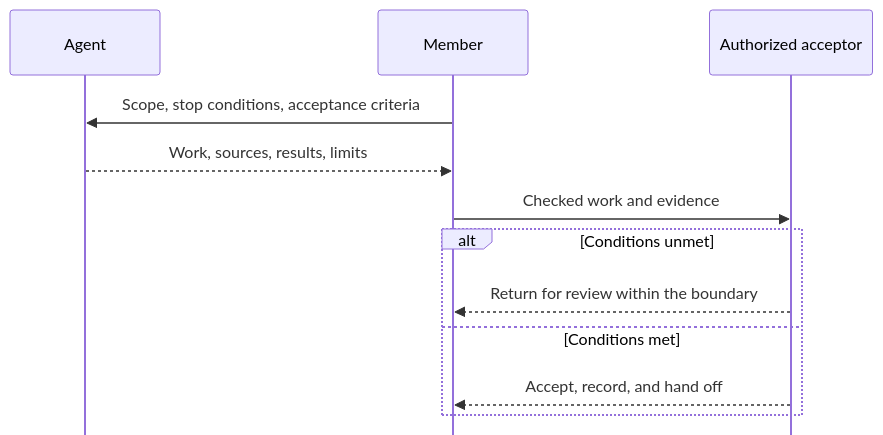
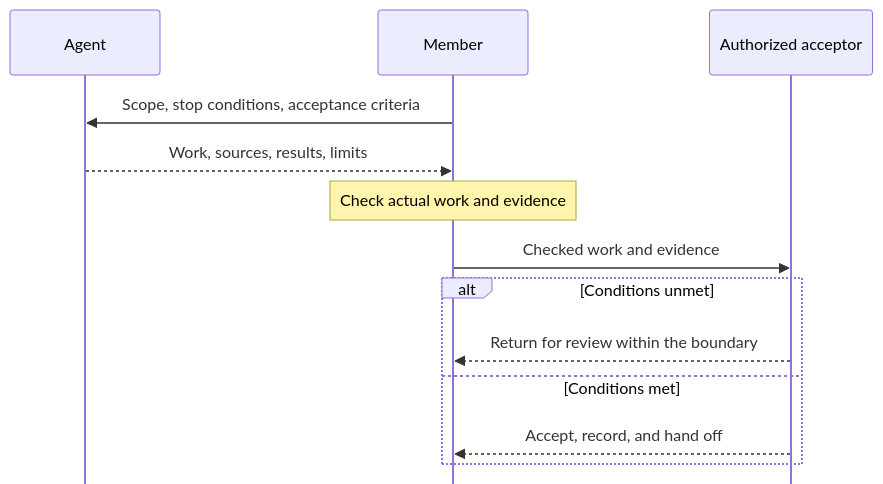
One commit to HengYangDS/data-department-work-guidelines changed the diagram in docs/human-agent.md. Above: the diagram before and after it, drawn with Mermaid. The commit also changed 4 other files, not shown here.

````diff
--- a/docs/human-agent.md
+++ b/docs/human-agent.md
@@ -83,21 +83,22 @@
 ```mermaid
 ---
 config:
   sequence:
     mirrorActors: false
 ---
 sequenceDiagram
     accTitle: Delegation, evidence, and authorized acceptance
     accDescr: A member sets the delegation boundary. An Agent returns work and evidence. The member checks the actual work and evidence before submitting them to an authorized acceptor. If conditions are unmet, the work returns for review within the delegation boundary. If conditions are met, the acceptor accepts the work, records acceptance, and hands off the result. Participants represent roles, not necessarily different people. People retain authority and responsibility; acceptance never expands permission.
     participant Agent
     participant Member
     participant Acceptor as Authorized acceptor
     Member->>Agent: Scope, stop conditions, acceptance criteria
     Agent-->>Member: Work, sources, results, limits
+    Note over Member: Check actual work and evidence
     Member->>Acceptor: Checked work and evidence
     alt Conditions unmet
         Acceptor-->>Member: Return for review within the boundary
     else Conditions met
         Acceptor-->>Member: Accept, record, and hand off
     end
 ```
````
